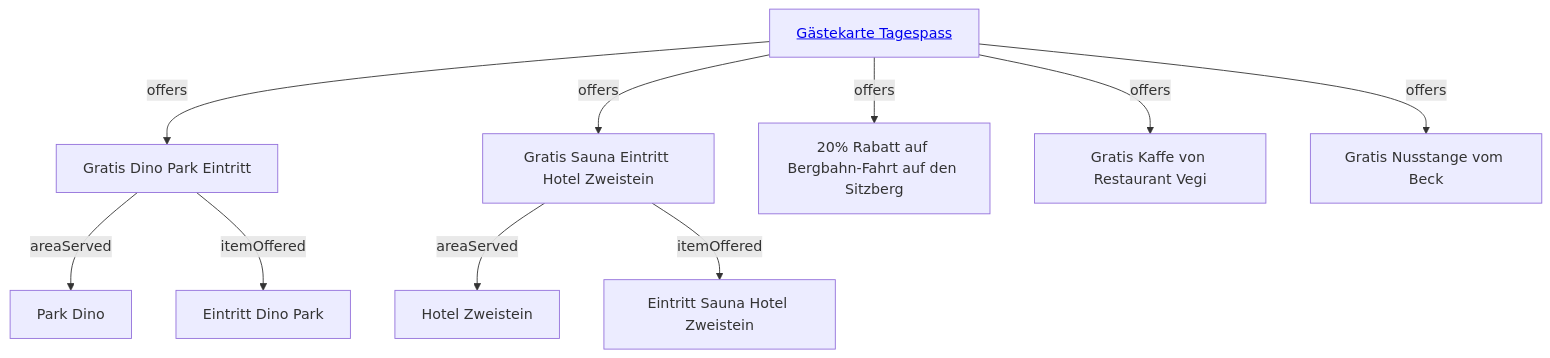
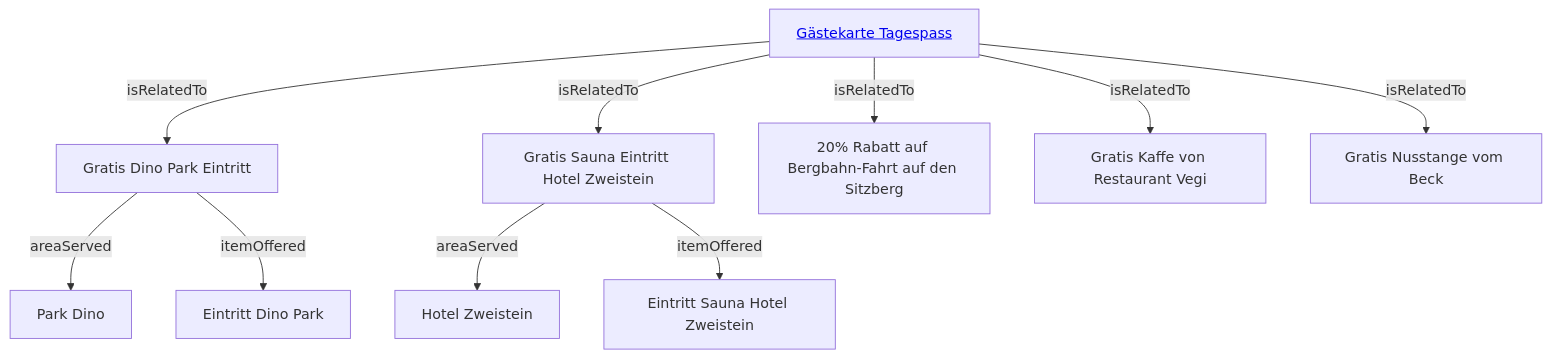
The seventh of 7 diagrams in docs/projects/glarnerlandApp.md (tsolenthaler/docs.contentdesk.io), drawn with Mermaid before and after one commit. The commit also changed other lines of this file, not shown here.

Commit message:
offers to isRelatedTo Demo

````diff
--- a/docs/projects/glarnerlandApp.md
+++ b/docs/projects/glarnerlandApp.md
@@ -286,15 +286,15 @@
 ``` mermaid
 graph TD
     Tagespass[<a href='https://demo.pim.tso.ch/#/enrich/product/74589a84-bfb9-4fcb-a086-a349ba10205d' target='_blank'>Gästekarte Tagespass</a>]
-    Tagespass -->|offers| OfferGratisDino["Gratis Dino Park Eintritt"]
-    Tagespass -->|offers| OffeGartisSauna["Gratis Sauna Eintritt Hotel Zweistein"]
-    Tagespass -->|offers| OffeBergbahn["20% Rabatt auf Bergbahn-Fahrt auf den Sitzberg"]
-    Tagespass -->|offers| OffeGratisKaffe["Gratis Kaffe von Restaurant Vegi"]
-    Tagespass -->|offers| OffeGratisNusstange["Gratis Nusstange vom Beck"]
+    Tagespass -->|isRelatedTo| OfferGratisDino["Gratis Dino Park Eintritt"]
+    Tagespass -->|isRelatedTo| OffeGartisSauna["Gratis Sauna Eintritt Hotel Zweistein"]
+    Tagespass -->|isRelatedTo| OffeBergbahn["20% Rabatt auf Bergbahn-Fahrt auf den Sitzberg"]
+    Tagespass -->|isRelatedTo| OffeGratisKaffe["Gratis Kaffe von Restaurant Vegi"]
+    Tagespass -->|isRelatedTo| OffeGratisNusstange["Gratis Nusstange vom Beck"]
 
     OfferGratisDino -->|areaServed| PlaceDino["Park Dino"]
     OfferGratisDino -->|itemOffered| ProductDinoEintritt["Eintritt Dino Park"]
 
     OffeGartisSauna -->|areaServed| PlaceHotelZweistein["Hotel Zweistein"]
     OffeGartisSauna -->|itemOffered| ProductSaunaEintritt["Eintritt Sauna Hotel Zweistein"]
 ```
````
